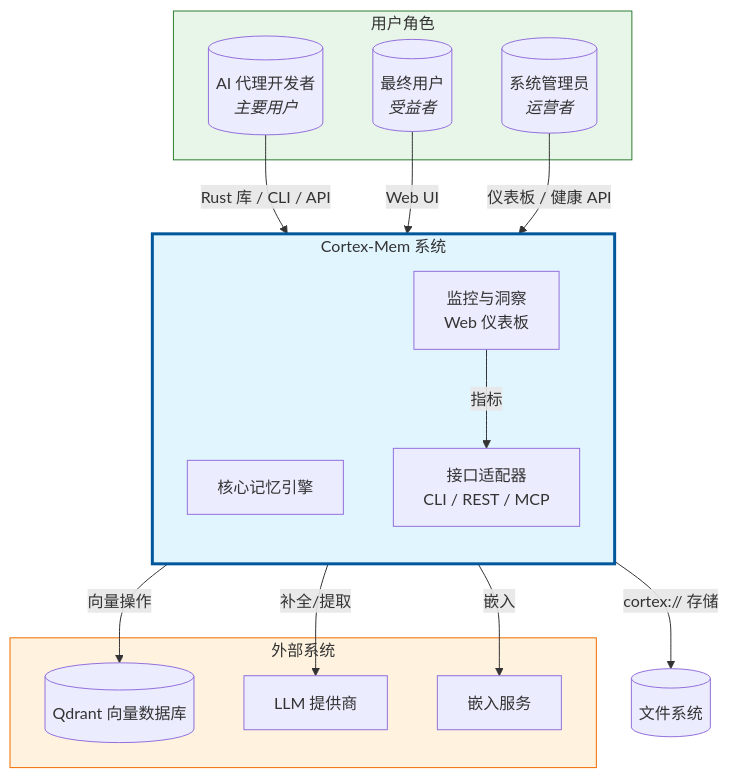
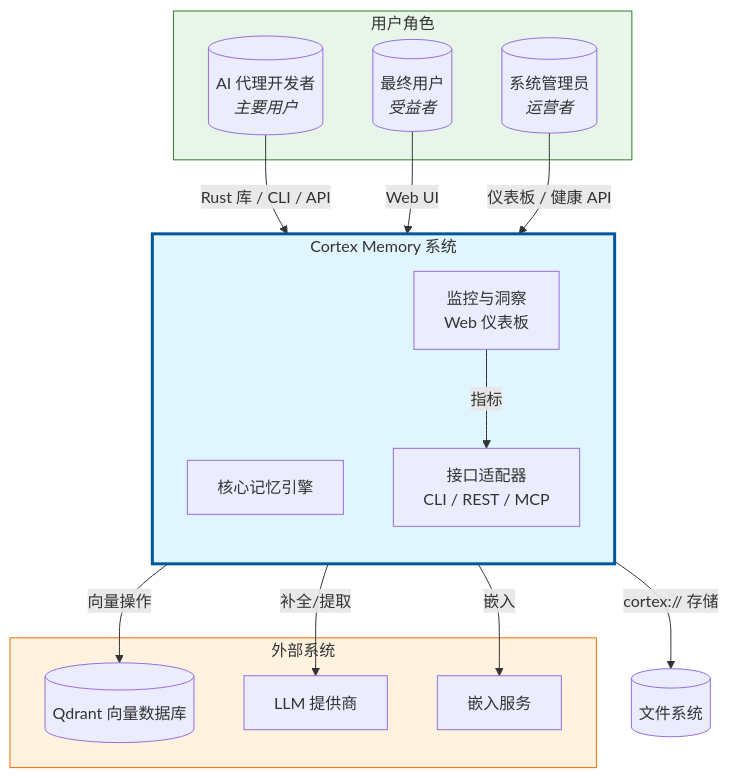
The second of 13 diagrams in litho.docs/zh/2、架构概览.md (sopaco/cortex-mem), drawn with Mermaid before and after one commit. The commit also changed 6 other files, not shown here.

````diff
--- a/litho.docs/zh/2、架构概览.md
+++ b/litho.docs/zh/2、架构概览.md
@@ -93,36 +93,36 @@
 ```mermaid
 flowchart TB
     subgraph Users["用户角色"]
         Dev[(AI 代理开发者<br/><i>主要用户</i>)]
         EndUser[(最终用户<br/><i>受益者</i>)]
         Admin[(系统管理员<br/><i>运营者</i>)]
     end
     
-    subgraph CortexMem["Cortex-Mem 系统"]
+    subgraph CortexMem["Cortex Memory 系统"]
         direction TB
         Core[核心记忆引擎]
         Interfaces[接口适配器<br/>CLI / REST / MCP]
         Insights[监控与洞察<br/>Web 仪表板]
     end
     
     subgraph External["外部系统"]
         Qdrant[(Qdrant 向量数据库)]
         LLM[LLM 提供商]
         Embed[嵌入服务]
     end
     
     Dev -->|Rust 库 / CLI / API| Interfaces
     EndUser -->|Web UI| Insights
     Admin -->|仪表板 / 健康 API| Insights
     
     Interfaces -->|向量操作| Qdrant
     Core -->|嵌入| Embed
     Core -->|补全/提取| LLM
     Core -->|cortex:// 存储| FS[(文件系统)]
     
     Insights -->|指标| Interfaces
     
     style CortexMem fill:#e1f5ff,stroke:#01579b,stroke-width:3px
     style Users fill:#e8f5e9,stroke:#2e7d32
     style External fill:#fff3e0,stroke:#ef6c00
 ```
````
